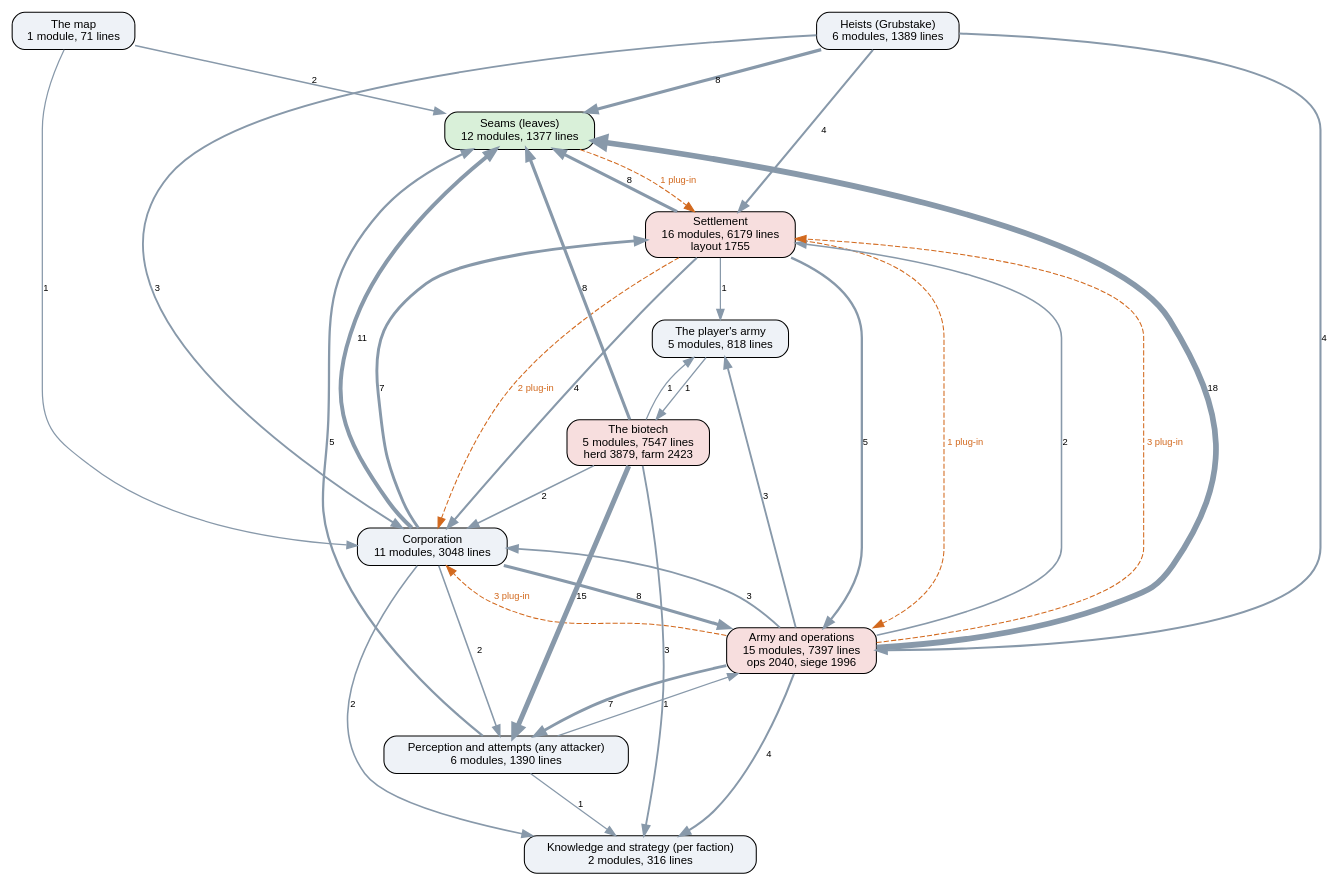
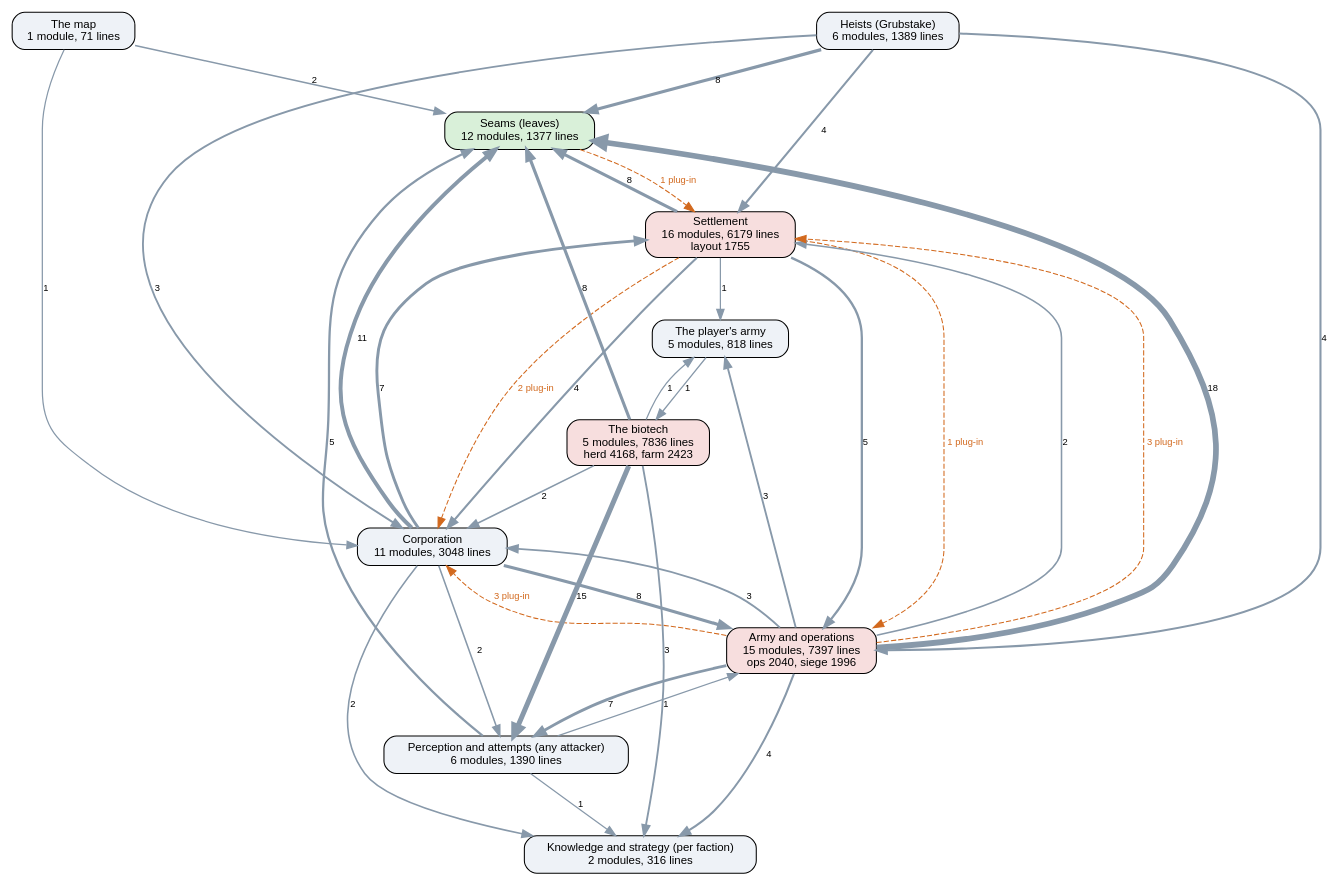
One commit to kinelhu/landing-party changed the diagram in docs/ai-layers.dot. Above: the diagram before and after it, drawn with Graphviz. The commit also changed 9 other files, not shown here.

```diff
--- a/docs/ai-layers.dot
+++ b/docs/ai-layers.dot
@@ -1,50 +1,50 @@
 digraph layers {
   graph [rankdir=TB, fontname="Helvetica", nodesep=0.5, ranksep=0.7];
   node [shape=box, style="rounded,filled", fontname="Helvetica", fontsize=11, fillcolor="#eef2f7"];
   edge [color="#8899aa", fontname="Helvetica", fontsize=9];
   "Seams (leaves)" [label="Seams (leaves)\n12 modules, 1377 lines", fillcolor="#d9f0d9"];
   "Perception and attempts (any attacker)" [label="Perception and attempts (any attacker)\n6 modules, 1390 lines", fillcolor="#eef2f7"];
   "Knowledge and strategy (per faction)" [label="Knowledge and strategy (per faction)\n2 modules, 316 lines", fillcolor="#eef2f7"];
   "Corporation" [label="Corporation\n11 modules, 3048 lines", fillcolor="#eef2f7"];
   "Settlement" [label="Settlement\n16 modules, 6179 lines\nlayout 1755", fillcolor="#f7dede"];
   "Army and operations" [label="Army and operations\n15 modules, 7397 lines\nops 2040, siege 1996", fillcolor="#f7dede"];
   "Heists (Grubstake)" [label="Heists (Grubstake)\n6 modules, 1389 lines", fillcolor="#eef2f7"];
-  "The biotech" [label="The biotech\n5 modules, 7547 lines\nherd 3879, farm 2423", fillcolor="#f7dede"];
+  "The biotech" [label="The biotech\n5 modules, 7836 lines\nherd 4168, farm 2423", fillcolor="#f7dede"];
   "The map" [label="The map\n1 module, 71 lines", fillcolor="#eef2f7"];
   "The player's army" [label="The player's army\n5 modules, 818 lines", fillcolor="#eef2f7"];
   "Army and operations" -> "Corporation" [label="3", penwidth=1.8];
   "Army and operations" -> "Knowledge and strategy (per faction)" [label="4", penwidth=2.0];
   "Army and operations" -> "Perception and attempts (any attacker)" [label="7", penwidth=2.8];
   "Army and operations" -> "Seams (leaves)" [label="18", penwidth=5.5];
   "Army and operations" -> "Settlement" [label="2", penwidth=1.5];
   "Army and operations" -> "The player's army" [label="3", penwidth=1.8];
   "Corporation" -> "Army and operations" [label="8", penwidth=3.0];
   "Corporation" -> "Knowledge and strategy (per faction)" [label="2", penwidth=1.5];
   "Corporation" -> "Perception and attempts (any attacker)" [label="2", penwidth=1.5];
   "Corporation" -> "Seams (leaves)" [label="11", penwidth=3.8];
   "Corporation" -> "Settlement" [label="7", penwidth=2.8];
   "Heists (Grubstake)" -> "Army and operations" [label="4", penwidth=2.0];
   "Heists (Grubstake)" -> "Corporation" [label="3", penwidth=1.8];
   "Heists (Grubstake)" -> "Seams (leaves)" [label="8", penwidth=3.0];
   "Heists (Grubstake)" -> "Settlement" [label="4", penwidth=2.0];
   "Perception and attempts (any attacker)" -> "Army and operations" [label="1", penwidth=1.2];
   "Perception and attempts (any attacker)" -> "Knowledge and strategy (per faction)" [label="1", penwidth=1.2];
   "Perception and attempts (any attacker)" -> "Seams (leaves)" [label="5", penwidth=2.2];
   "Settlement" -> "Army and operations" [label="5", penwidth=2.2];
   "Settlement" -> "Corporation" [label="4", penwidth=2.0];
   "Settlement" -> "Seams (leaves)" [label="8", penwidth=3.0];
   "Settlement" -> "The player's army" [label="1", penwidth=1.2];
   "The biotech" -> "Corporation" [label="2", penwidth=1.5];
   "The biotech" -> "Knowledge and strategy (per faction)" [label="3", penwidth=1.8];
   "The biotech" -> "Perception and attempts (any attacker)" [label="15", penwidth=4.8];
   "The biotech" -> "Seams (leaves)" [label="8", penwidth=3.0];
   "The biotech" -> "The player's army" [label="1", penwidth=1.2];
   "The map" -> "Corporation" [label="1", penwidth=1.2];
   "The map" -> "Seams (leaves)" [label="2", penwidth=1.5];
   "The player's army" -> "The biotech" [label="1", penwidth=1.2];
   "Army and operations" -> "Corporation" [style=dashed, color="#d2691e", fontcolor="#d2691e", label="3 plug-in"];
   "Army and operations" -> "Settlement" [style=dashed, color="#d2691e", fontcolor="#d2691e", label="3 plug-in"];
   "Seams (leaves)" -> "Settlement" [style=dashed, color="#d2691e", fontcolor="#d2691e", label="1 plug-in"];
   "Settlement" -> "Army and operations" [style=dashed, color="#d2691e", fontcolor="#d2691e", label="1 plug-in"];
   "Settlement" -> "Corporation" [style=dashed, color="#d2691e", fontcolor="#d2691e", label="2 plug-in"];
 }
```
